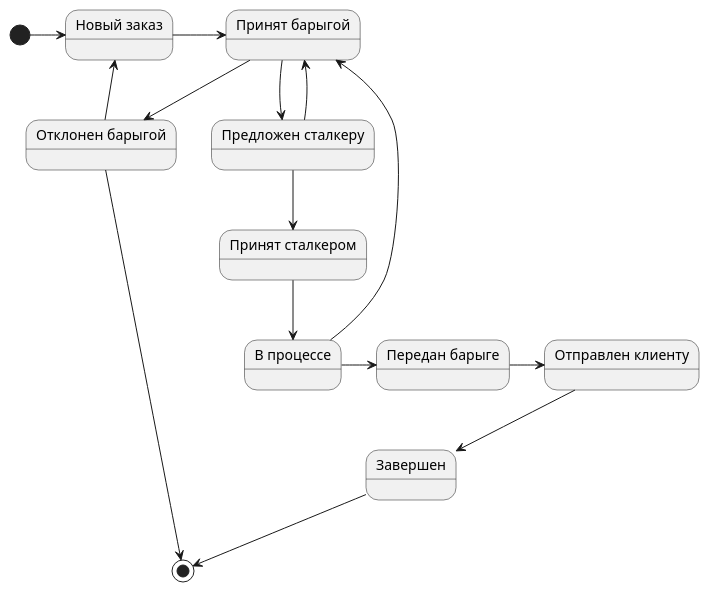
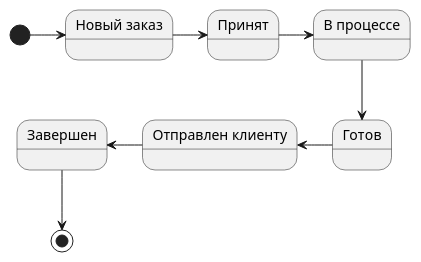
The diagram in use-case-view/state_machine_abstact.puml (avdosev/itmo-software-diagrams), drawn with PlantUML before and after one commit. The commit also changed 1 other file, not shown here.

```diff
--- a/use-case-view/state_machine_abstact.puml
+++ b/use-case-view/state_machine_abstact.puml
@@ -1,27 +1,17 @@
 @startuml
 
 
 state "Новый заказ" as NewOrder
-state "Принят барыгой" as AcceptedByHuckster
-state "Предложен сталкеру" as SuggestedToStalker
-state "Принят сталкером" as AcceptedByStalker
+state "Принят" as AcceptedByHuckster
 state "В процессе" as InProgress
-state "Передан барыге" as TransferredToHuckster
+state "Готов" as TransferredToHuckster
 state "Отправлен клиенту" as Sent
 state "Завершен" as Completed
-state "Отклонен барыгой" as Canceled
 [*] -right-> NewOrder
-NewOrder-right-> AcceptedByHuckster
-AcceptedByHuckster --> SuggestedToStalker
-SuggestedToStalker --> AcceptedByStalker
-SuggestedToStalker --> AcceptedByHuckster
-AcceptedByHuckster --> Canceled
-Canceled -> NewOrder
-AcceptedByStalker --> InProgress
-InProgress -right-> TransferredToHuckster
-InProgress --> AcceptedByHuckster
-TransferredToHuckster -right-> Sent
-Sent --> Completed
+NewOrder -right-> AcceptedByHuckster
+AcceptedByHuckster -right-> InProgress
+InProgress -down-> TransferredToHuckster
+TransferredToHuckster -left-> Sent
+Sent -left-> Completed
 Completed --> [*]
-Canceled --> [*]
 @enduml
```
